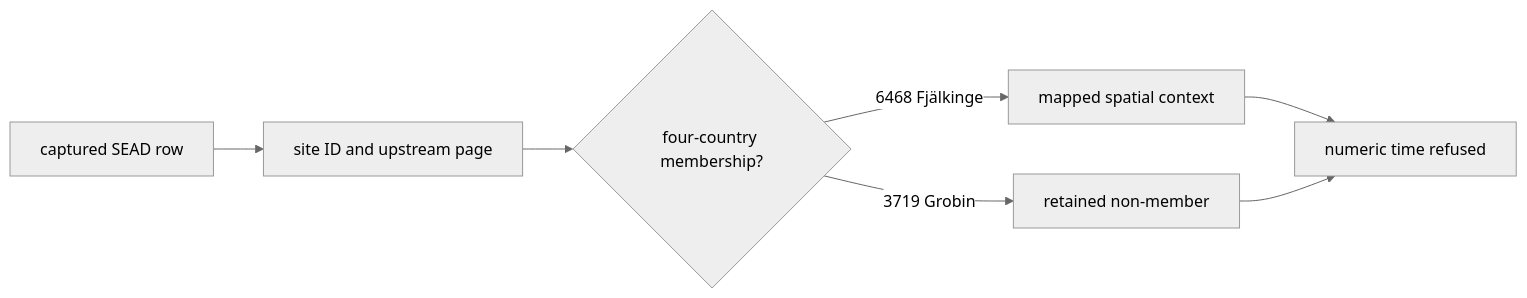
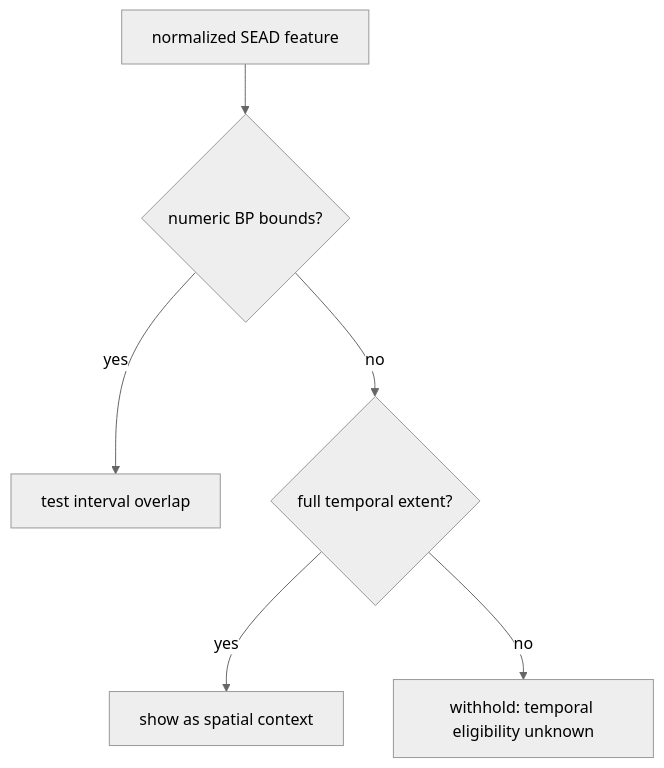
Before and after one commit to bijux/bijux-pollenomics: the second of 2 diagrams in docs/public/pollenomics-data/publications/sead-exports.md, drawn with Mermaid (neutral theme). The commit also changed other lines of this file and 9 other files, not shown here.

Commit message:
docs(sead): teach mixed temporal evidence

````diff
--- a/docs/public/pollenomics-data/publications/sead-exports.md
+++ b/docs/public/pollenomics-data/publications/sead-exports.md
@@ -95,9 +107,8 @@
 ```mermaid
-flowchart LR
-    Inventory["captured SEAD row"] --> Identity["site ID and upstream page"]
-    Identity --> Geography{"four-country membership?"}
-    Geography -->|6468 Fjälkinge| Point["mapped spatial context"]
-    Geography -->|3719 Grobin| Review["retained non-member"]
-    Point --> Time["numeric time refused"]
-    Review --> Time
+flowchart TD
+    Feature["normalized SEAD feature"] --> Bounds{"numeric BP bounds?"}
+    Bounds -->|yes| Overlap["test interval overlap"]
+    Bounds -->|no| Full{"full temporal extent?"}
+    Full -->|yes| Context["show as spatial context"]
+    Full -->|no| Withhold["withhold: temporal eligibility unknown"]
 ```
````
